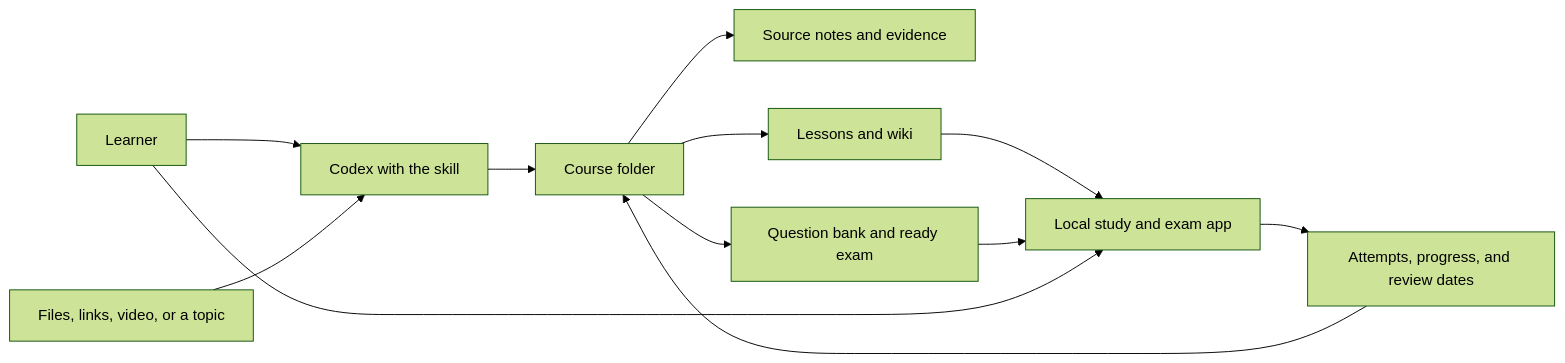
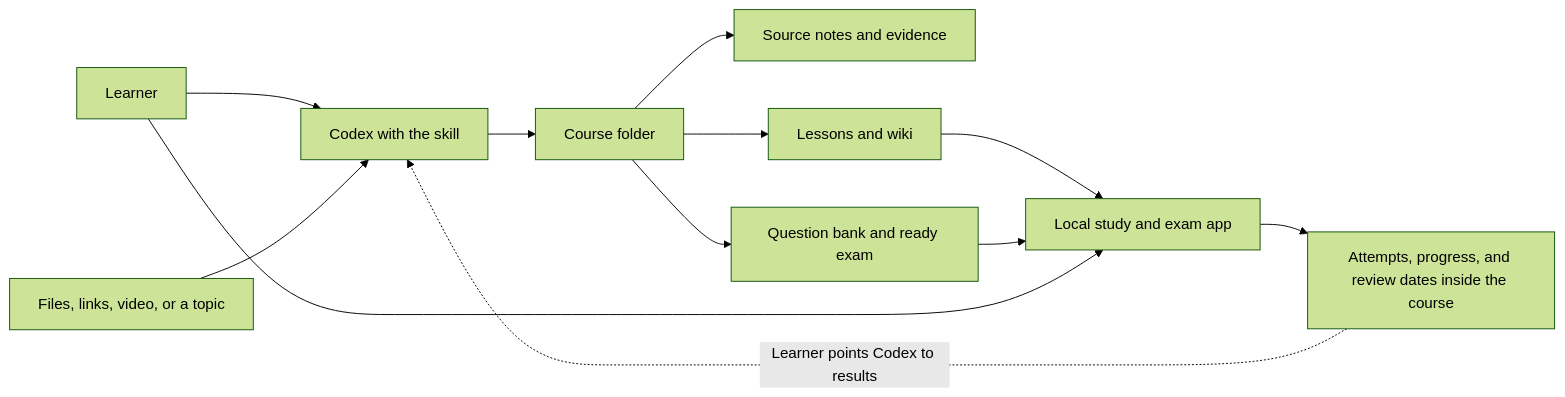
One commit to Howard-Starfield/Mastery-Ledger changed the first of 3 diagrams in README.md. Above: the diagram before and after it, drawn with Mermaid (forest theme). The commit also changed other lines of this file and 26 other files, not shown here.

````diff
--- a/README.md
+++ b/README.md
@@ -64,14 +64,14 @@
 ```mermaid
 flowchart LR
     Learner["Learner"] --> Codex["Codex with the skill"]
     Sources["Files, links, video, or a topic"] --> Codex
     Codex --> Course["Course folder"]
     Course --> Notes["Source notes and evidence"]
     Course --> Lessons["Lessons and wiki"]
     Course --> Bank["Question bank and ready exam"]
     Lessons --> App["Local study and exam app"]
     Bank --> App
     Learner --> App
-    App --> History["Attempts, progress, and review dates"]
-    History --> Course
+    App --> History["Attempts, progress, and review dates inside the course"]
+    History -. "Learner points Codex to results" .-> Codex
 ```
````
